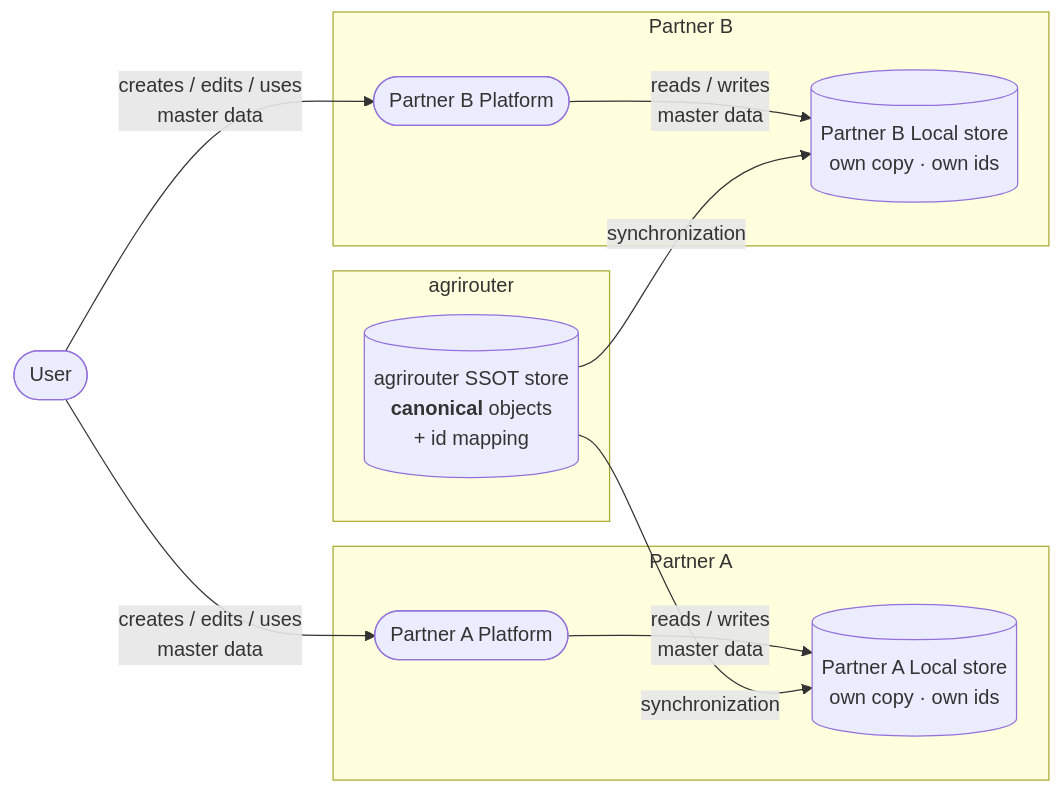
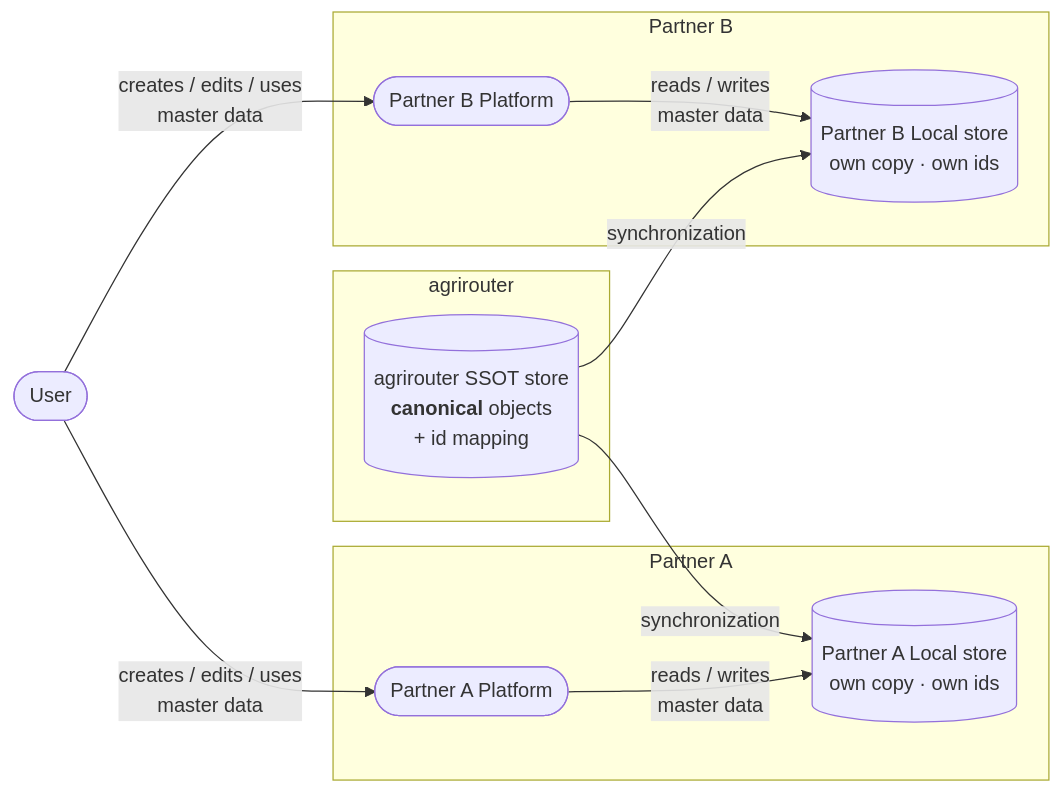
Before and after one commit to DKE-Data/masterdata-sync-working-group: the first of 3 diagrams in architecture/01-reference-architecture.md, drawn with Mermaid.

Commit message:
Update diagram to avoid intersecting arrows

````diff
--- a/architecture/01-reference-architecture.md
+++ b/architecture/01-reference-architecture.md
@@ -41,26 +41,24 @@
 ```mermaid
 flowchart LR
-    subgraph sub1 ["Partner A"]
-        Aplatform["Partner A Platform"]
-        Astore[("Partner A Local store<br/>own copy · own ids")]
-    end
+    user(["User"])
     subgraph sub2 ["Partner B"]
+        Bplatform(["Partner B Platform"])
         Bstore[("Partner B Local store<br/>own copy · own ids")]
-        Bplatform["Partner B Platform"]
     end
     subgraph sub3 ["agrirouter"]
         SSOT[("agrirouter SSOT store<br/><b>canonical</b> objects<br/>+ id mapping")]
     end
-    user(["User"])
+    subgraph sub1 ["Partner A"]
+        Aplatform(["Partner A Platform"])
+        Astore[("Partner A Local store<br/>own copy · own ids")]
+    end
+    user -->|"creates / edits / uses<br/>master data"| Bplatform
     user -->|"creates / edits / uses<br/>master data"| Aplatform
-    user -->|"creates / edits / uses<br/>master data"| Bplatform
+    Bplatform -->|"reads / writes<br/>master data"| Bstore
     Aplatform -->|"reads / writes<br/>master data"| Astore
-    Bplatform -->|"reads / writes<br/>master data"| Bstore
     SSOT -->|"synchronization"| Bstore
     SSOT -->|"synchronization"| Astore
-    Aplatform(["Partner A Platform"])
-    Bplatform(["Partner B Platform"])
     %% ceasg:{"id":"1d1ti28h"} %%
     %% mermaid-flow:pos Aplatform=84,131 Astore=84,297 Bstore=830,297 Bplatform=833,145 SSOT=436,297 user=447,45
     %% mermaid-flow:gpos sub1=-27,65,223,292 sub2=719,79,223,278 sub3=309,205,255,160
 ```
````
